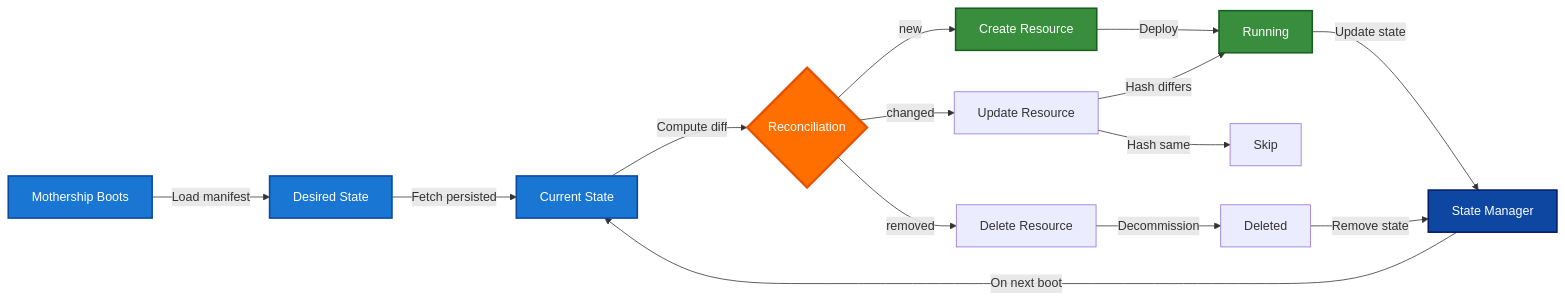
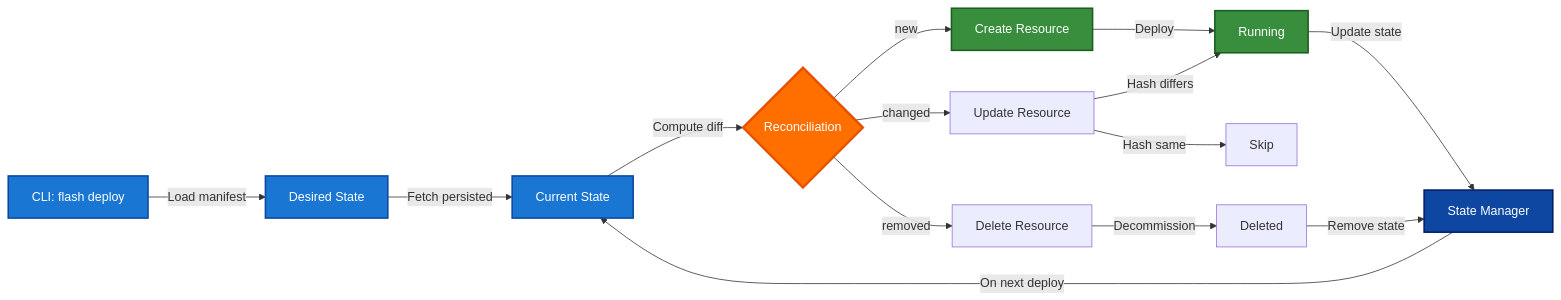
Before and after one commit to runpod/flash: the eighth of 8 diagrams in docs/Flash_Deploy_Guide.md, drawn with Mermaid. The commit also changed other lines of this file and 11 other files, not shown here.

````diff
--- a/docs/Flash_Deploy_Guide.md
+++ b/docs/Flash_Deploy_Guide.md
@@ -948,24 +871,24 @@
 ```mermaid
 graph LR
-    A["Mothership Boots"] -->|Load manifest| B["Desired State"]
+    A["CLI: flash deploy"] -->|Load manifest| B["Desired State"]
     B -->|Fetch persisted| C["Current State"]
     C -->|Compute diff| D{"Reconciliation"}
     D -->|new| E["Create Resource"]
     E -->|Deploy| F["Running"]
     F -->|Update state| G["State Manager"]
     D -->|changed| H["Update Resource"]
     H -->|Hash differs| F
     H -->|Hash same| I["Skip"]
     D -->|removed| J["Delete Resource"]
     J -->|Decommission| K["Deleted"]
     K -->|Remove state| G
-    G -->|On next boot| C
+    G -->|On next deploy| C
 
     style A fill:#1976d2,stroke:#0d47a1,stroke-width:2px,color:#fff
     style B fill:#1976d2,stroke:#0d47a1,stroke-width:2px,color:#fff
     style C fill:#1976d2,stroke:#0d47a1,stroke-width:2px,color:#fff
     style D fill:#ff6f00,stroke:#e65100,stroke-width:3px,color:#fff
     style E fill:#388e3c,stroke:#1b5e20,stroke-width:2px,color:#fff
     style F fill:#388e3c,stroke:#1b5e20,stroke-width:2px,color:#fff
     style G fill:#0d47a1,stroke:#051c66,stroke-width:2px,color:#fff
 ```
````
